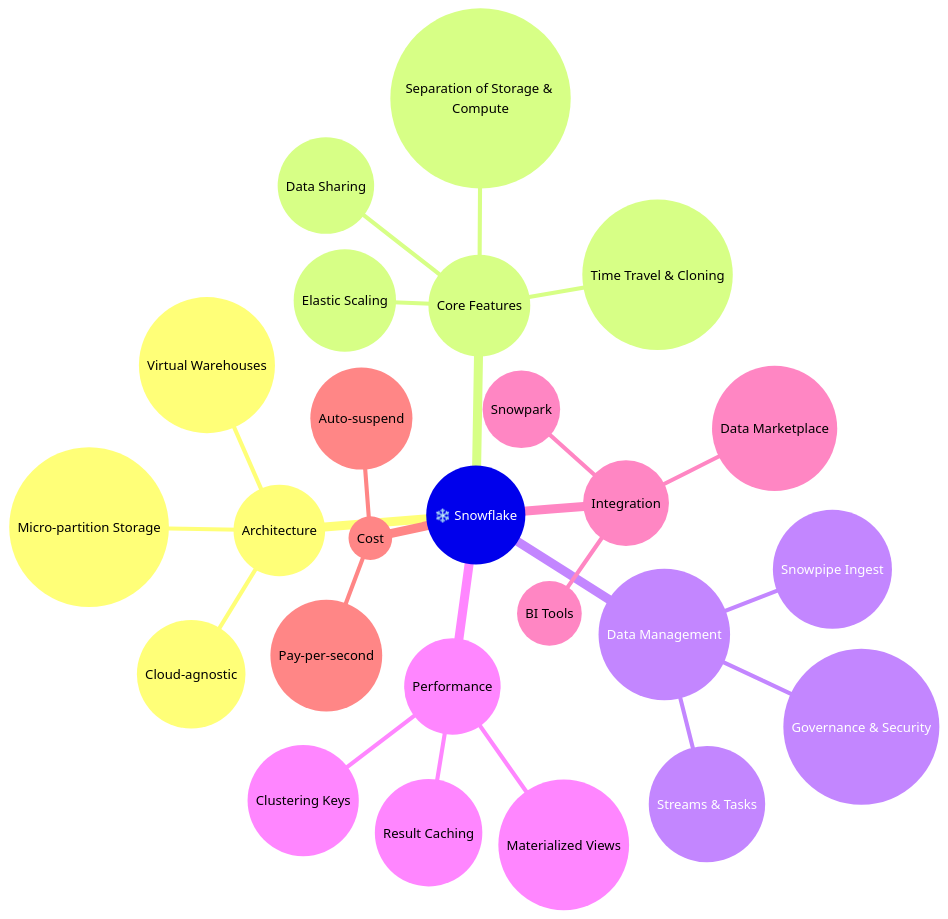
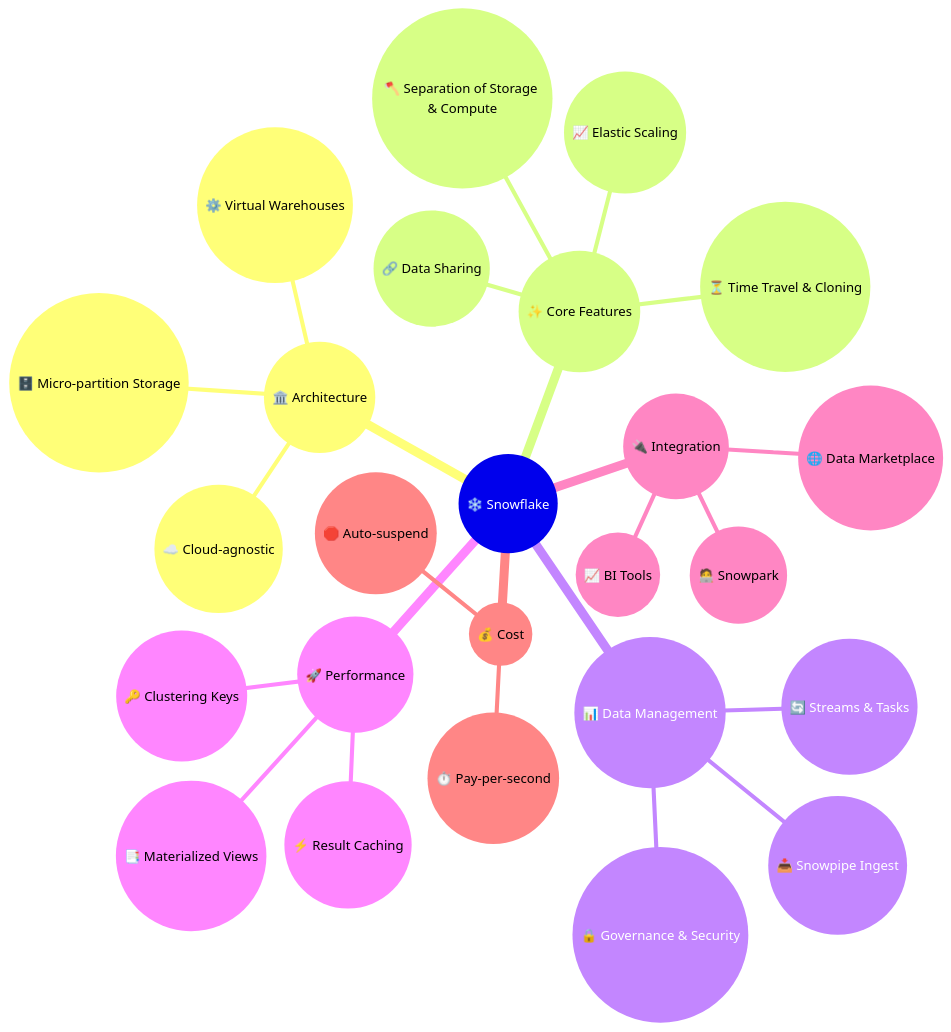
Before and after one commit to blaire101/DE2-AWS-Azure-GCP-2025: the first of 4 diagrams in DE2-SnowFlake-2025.md, drawn with Mermaid.

Commit message:
add or modify article

````diff
--- a/DE2-SnowFlake-2025.md
+++ b/DE2-SnowFlake-2025.md
@@ -3,28 +3,28 @@
 ```mermaid
 mindmap
   root((❄️ Snowflake))
-    ((Architecture))
-      ((Cloud-agnostic))
-      ((Micro-partition Storage))
-      ((Virtual Warehouses))
-    ((Core Features))
-      ((Separation of Storage & Compute))
-      ((Elastic Scaling))
-      ((Time Travel & Cloning))
-      ((Data Sharing))
-    ((Data Management))
-      ((Snowpipe Ingest))
-      ((Streams & Tasks))
-      ((Governance & Security))
-    ((Performance))
-      ((Clustering Keys))
-      ((Materialized Views))
-      ((Result Caching))
-    ((Integration))
-      ((Snowpark))
-      ((BI Tools))
-      ((Data Marketplace))
-    ((Cost))
-      ((Pay-per-second))
-      ((Auto-suspend))
+    ((🏛️ Architecture))
+      ((☁️ Cloud-agnostic))
+      ((🗄️ Micro-partition Storage))
+      ((⚙️ Virtual Warehouses))
+    ((✨ Core Features))
+      ((🪓 Separation of Storage & Compute))
+      ((📈 Elastic Scaling))
+      ((⏳ Time Travel & Cloning))
+      ((🔗 Data Sharing))
+    ((📊 Data Management))
+      ((📥 Snowpipe Ingest))
+      ((🔄 Streams & Tasks))
+      ((🔒 Governance & Security))
+    ((🚀 Performance))
+      ((🔑 Clustering Keys))
+      ((📑 Materialized Views))
+      ((⚡ Result Caching))
+    ((🔌 Integration))
+      ((🧑‍💻 Snowpark))
+      ((📈 BI Tools))
+      ((🌐 Data Marketplace))
+    ((💰 Cost))
+      ((⏱️ Pay-per-second))
+      ((🛑 Auto-suspend))
 ```
````
